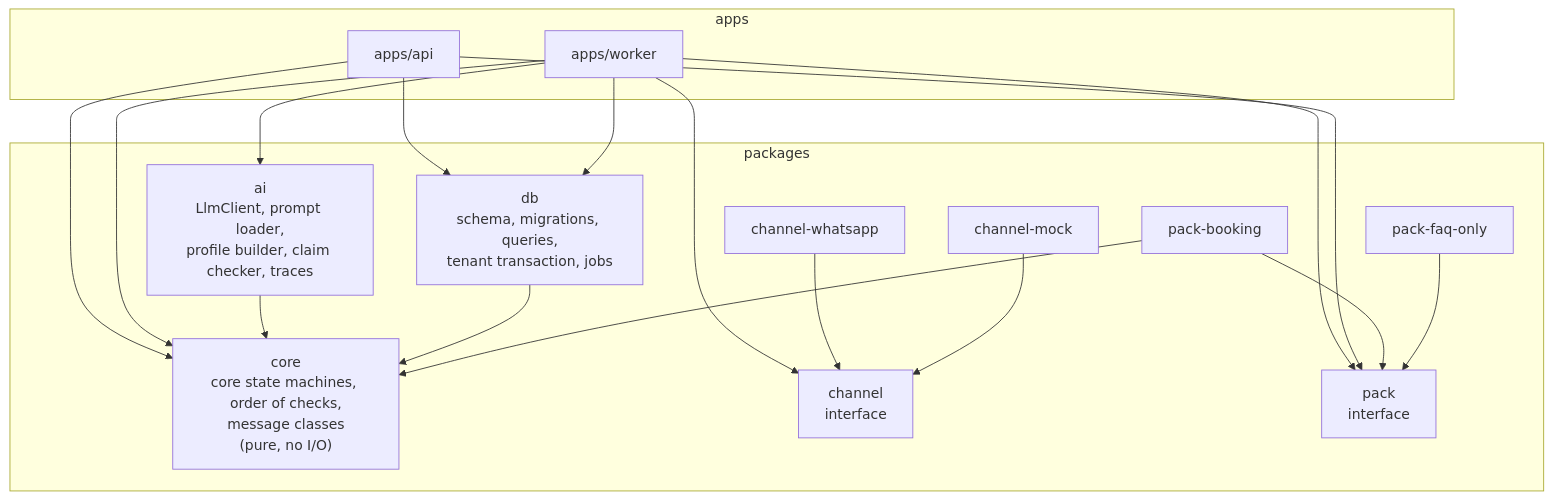
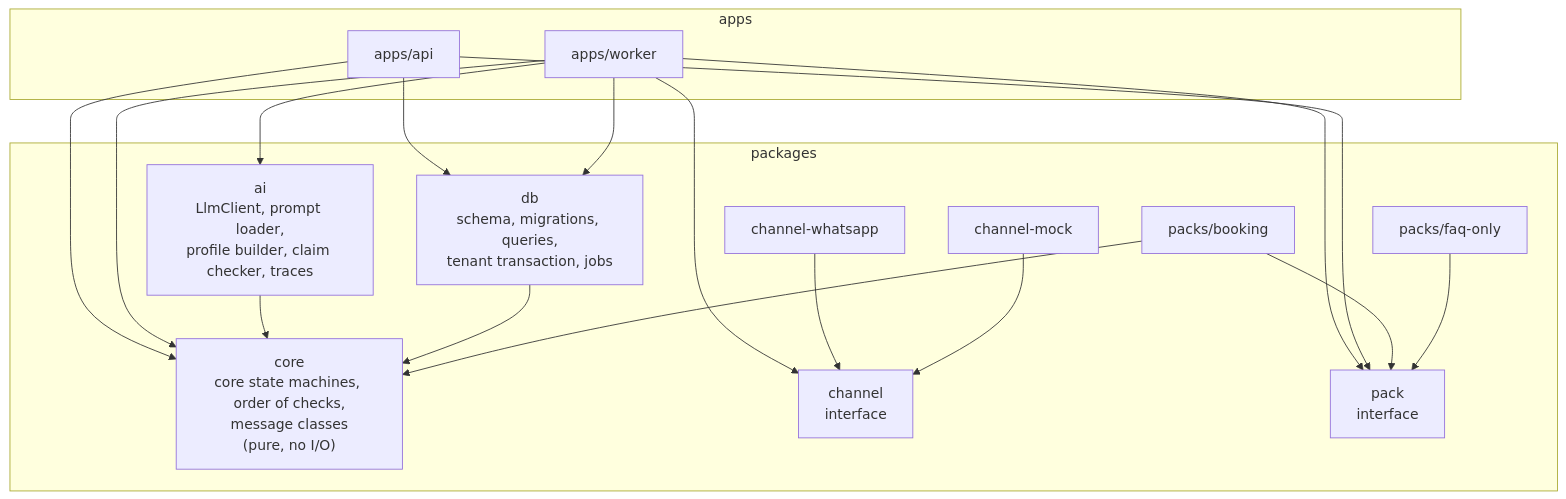
One commit to zishon89us/polyglot-sales-agent changed the third of 6 diagrams in docs/design/architecture.md. Above: the diagram before and after it, drawn with Mermaid. The commit also changed other lines of this file and 8 other files, not shown here.

````diff
--- a/docs/design/architecture.md
+++ b/docs/design/architecture.md
@@ -156,33 +156,33 @@
 ```mermaid
 flowchart TB
     subgraph apps
         api["apps/api"]
         worker["apps/worker"]
     end
     subgraph packages
         core["core<br/>core state machines, order of checks,<br/>message classes<br/>(pure, no I/O)"]
         db["db<br/>schema, migrations, queries,<br/>tenant transaction, jobs"]
         channel["channel<br/>interface"]
         wa["channel-whatsapp"]
         mock["channel-mock"]
         ai["ai<br/>LlmClient, prompt loader,<br/>profile builder, claim checker, traces"]
         pack["pack<br/>interface"]
-        booking["pack-booking"]
-        faq["pack-faq-only"]
+        booking["packs/booking"]
+        faq["packs/faq-only"]
     end
     api --> core
     api --> db
     worker --> core
     worker --> db
     worker --> channel
     worker --> ai
     worker --> pack
     api --> pack
     wa --> channel
     mock --> channel
     booking --> pack
     faq --> pack
     ai --> core
     db --> core
     booking --> core
 ```
````
